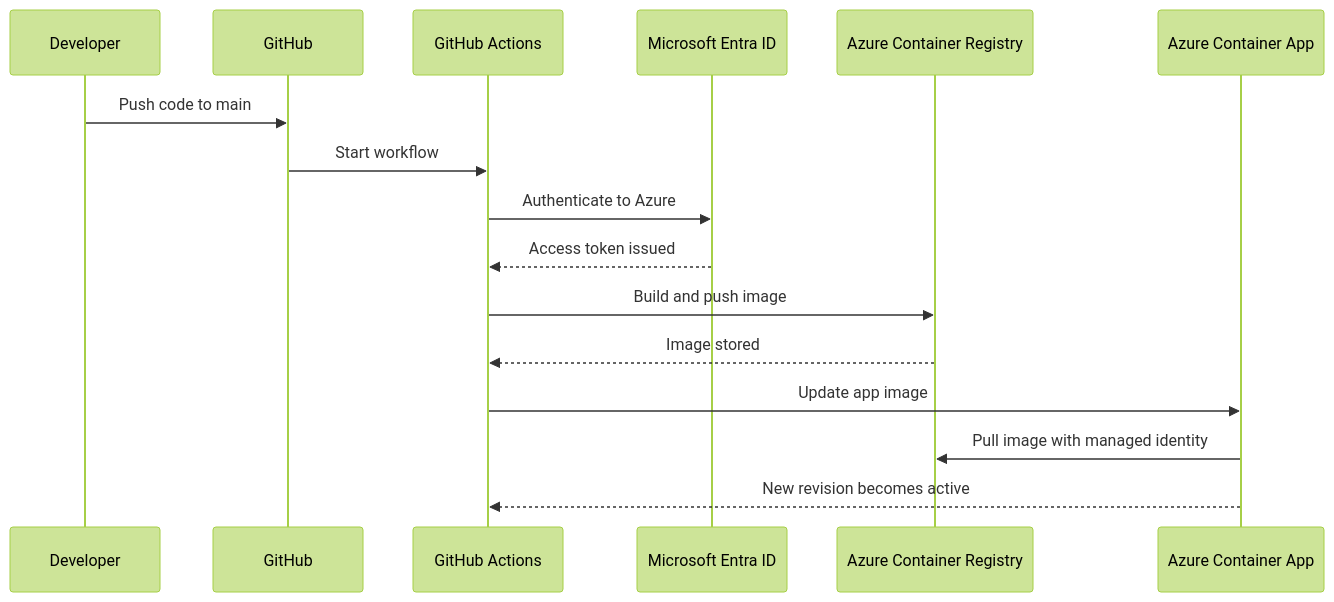
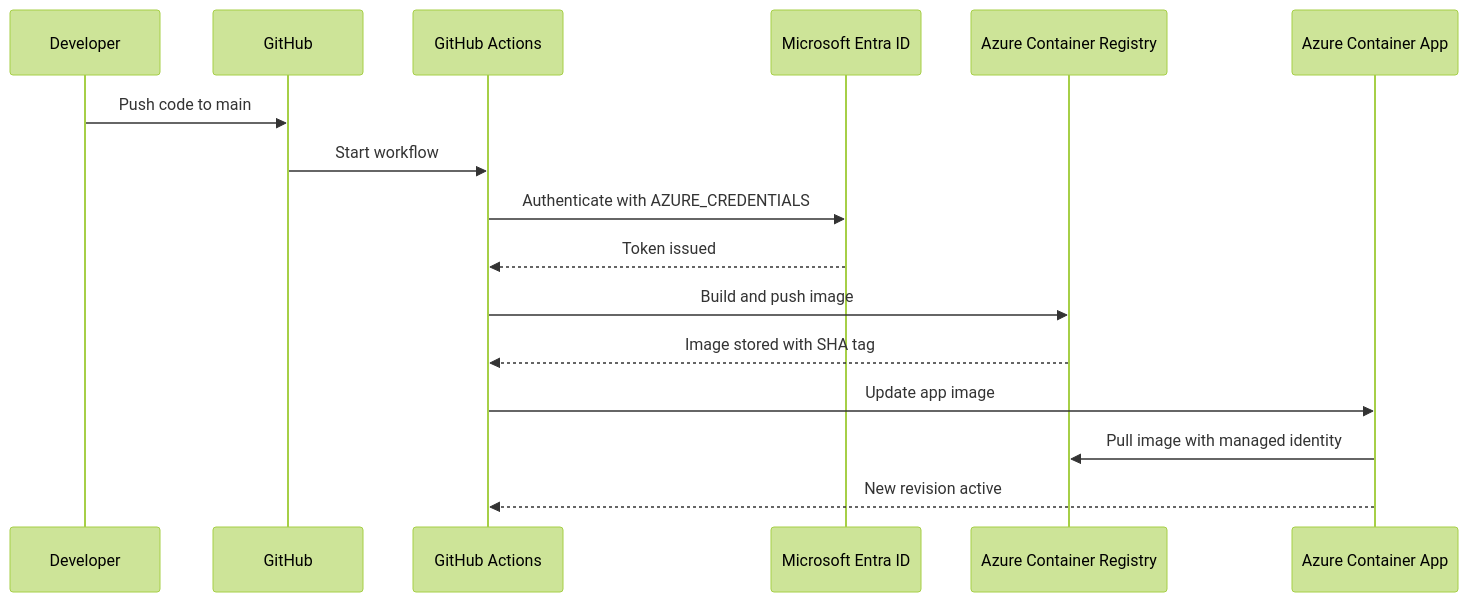
Before and after one commit to anandprabhusk/azure-container-apps-ci-cd: the second of 2 diagrams in README.md, drawn with Mermaid (forest theme). The commit also changed other lines of this file, not shown here.

````diff
--- a/README.md
+++ b/README.md
@@ -72,19 +74,19 @@
 ```mermaid
 sequenceDiagram
   participant Dev as Developer
   participant Git as GitHub
   participant GA as GitHub Actions
   participant AAD as Microsoft Entra ID
   participant ACR as Azure Container Registry
   participant ACA as Azure Container App
 
   Dev->>Git: Push code to main
   Git->>GA: Start workflow
-  GA->>AAD: Authenticate to Azure
-  AAD-->>GA: Access token issued
+  GA->>AAD: Authenticate with AZURE_CREDENTIALS
+  AAD-->>GA: Token issued
   GA->>ACR: Build and push image
-  ACR-->>GA: Image stored
+  ACR-->>GA: Image stored with SHA tag
   GA->>ACA: Update app image
   ACA->>ACR: Pull image with managed identity
-  ACA-->>GA: New revision becomes active
+  ACA-->>GA: New revision active
 ```
````
